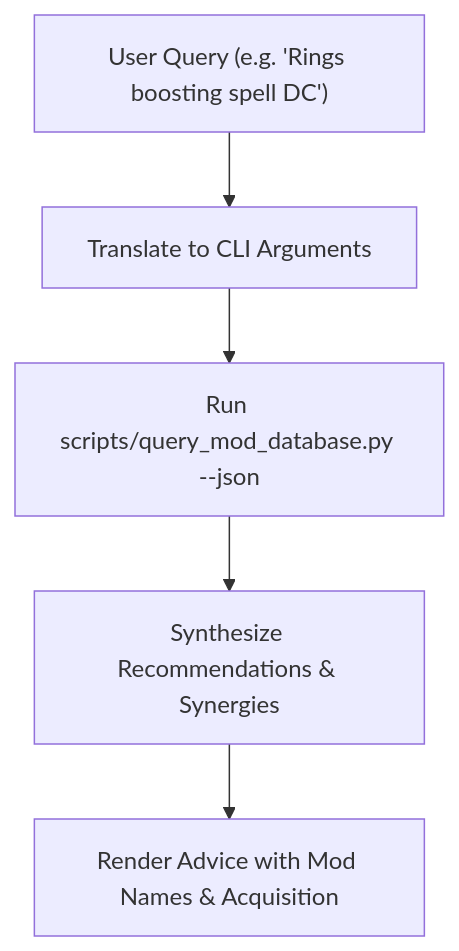
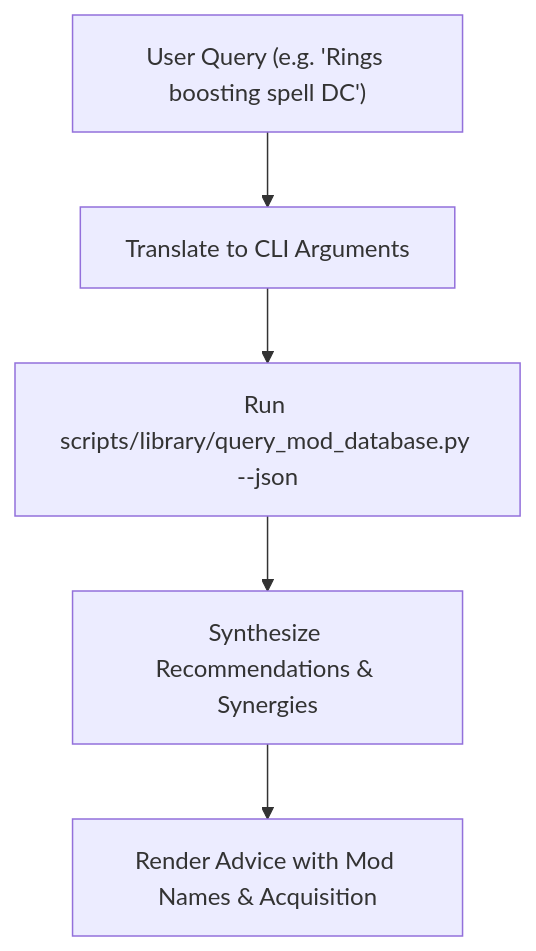
The diagram in .agents/skills/bg3_query_gear/SKILL.md (jpelton-stroud/bg3-mod-studio), drawn with Mermaid before and after one commit. The commit also changed other lines of this file and 101 other files, not shown here.

````diff
--- a/.agents/skills/bg3_query_gear/SKILL.md
+++ b/.agents/skills/bg3_query_gear/SKILL.md
@@ -26,7 +26,7 @@
 ```mermaid
 flowchart TD
     UserQuery["User Query (e.g. 'Rings boosting spell DC')"] --> Translate["Translate to CLI Arguments"]
-    Translate --> Query["Run scripts/query_mod_database.py --json"]
+    Translate --> Query["Run scripts/library/query_mod_database.py --json"]
     Query --> Synthesize["Synthesize Recommendations & Synergies"]
     Synthesize --> Respond["Render Advice with Mod Names & Acquisition"]
 ```
````
